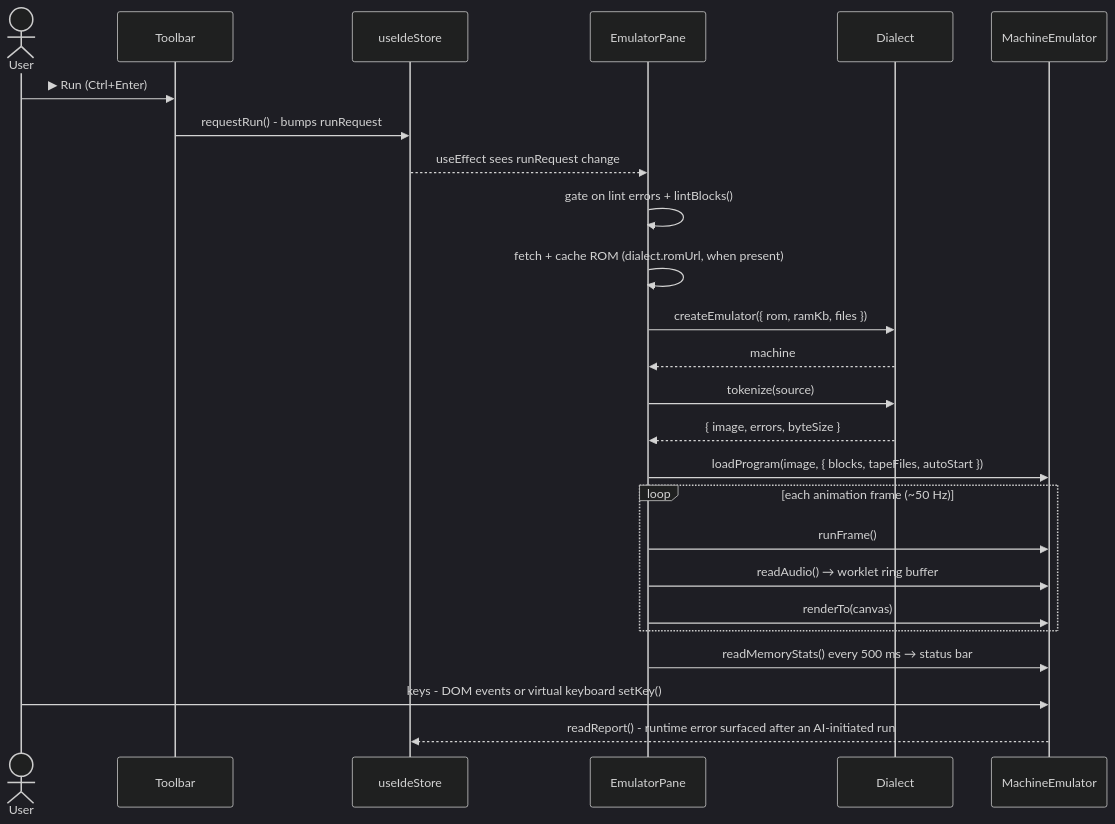
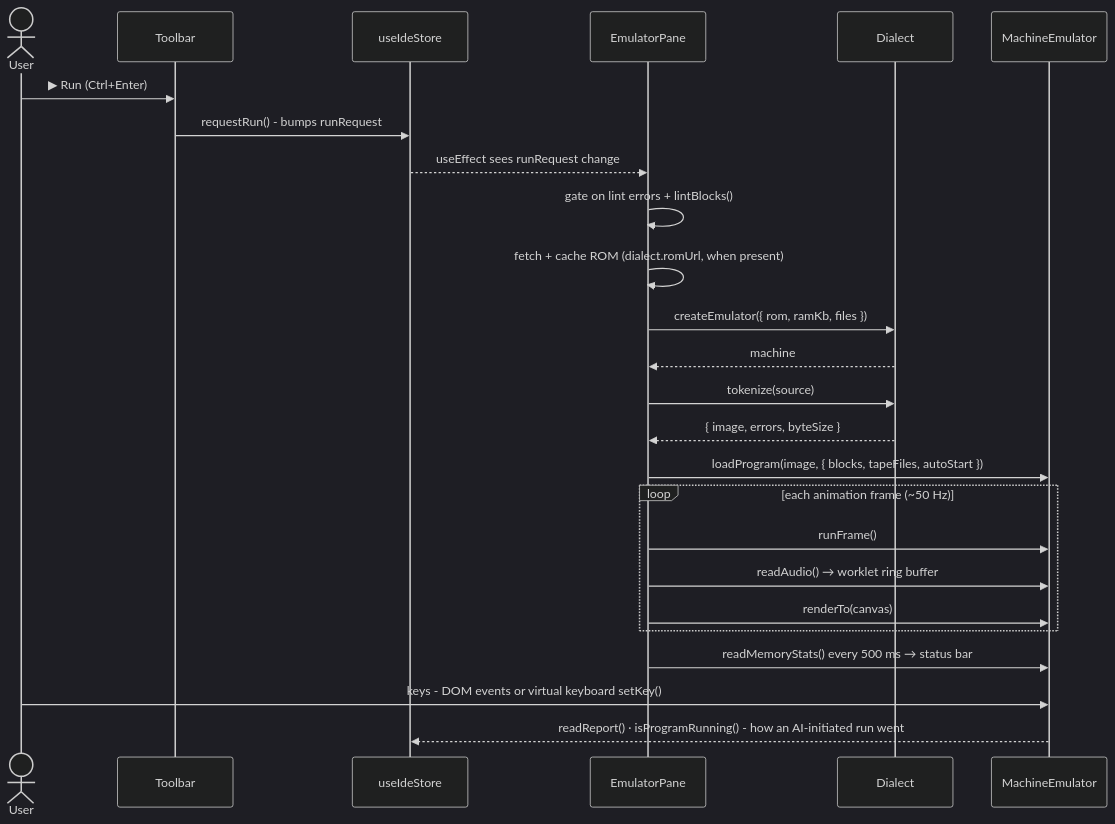
The fourth of 9 diagrams in docs/contributing/architecture.md (seanhodges/basically), drawn with Mermaid (dark theme) before and after one commit. The commit also changed other lines of this file and 29 other files, not shown here.

````diff
--- a/docs/contributing/architecture.md
+++ b/docs/contributing/architecture.md
@@ -368,28 +369,28 @@
 ```mermaid
 sequenceDiagram
   actor U as User
   participant T as Toolbar
   participant S as useIdeStore
   participant E as EmulatorPane
   participant D as Dialect
   participant M as MachineEmulator
 
   U->>T: ▶ Run (Ctrl+Enter)
   T->>S: requestRun() - bumps runRequest
   S-->>E: useEffect sees runRequest change
   E->>E: gate on lint errors + lintBlocks()
   E->>E: fetch + cache ROM (dialect.romUrl, when present)
   E->>D: createEmulator({ rom, ramKb, files })
   D-->>E: machine
   E->>D: tokenize(source)
   D-->>E: { image, errors, byteSize }
   E->>M: loadProgram(image, { blocks, tapeFiles, autoStart })
   loop each animation frame (~50 Hz)
     E->>M: runFrame()
     E->>M: readAudio() → worklet ring buffer
     E->>M: renderTo(canvas)
   end
   E->>M: readMemoryStats() every 500 ms → status bar
   U->>M: keys - DOM events or virtual keyboard setKey()
-  M-->>S: readReport() - runtime error surfaced after an AI-initiated run
+  M-->>S: readReport() · isProgramRunning() - how an AI-initiated run went
 ```
````
